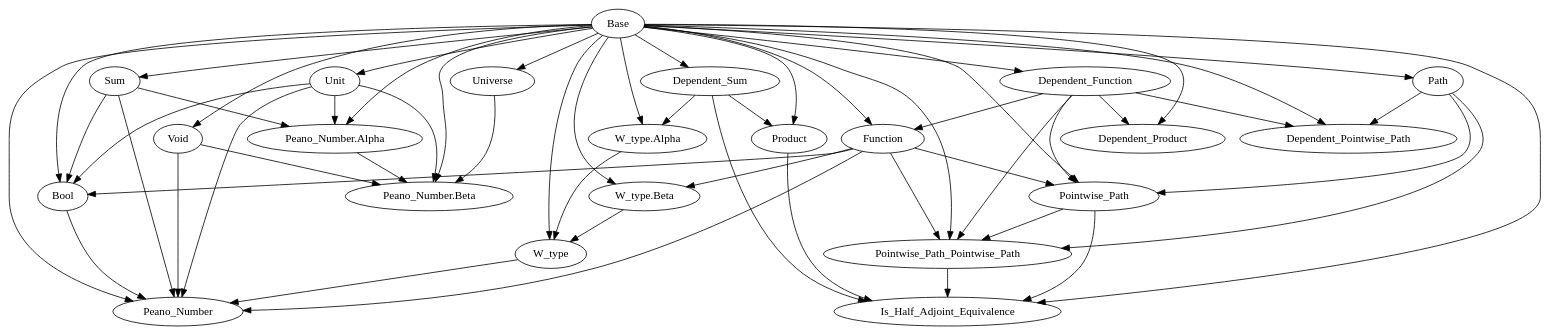
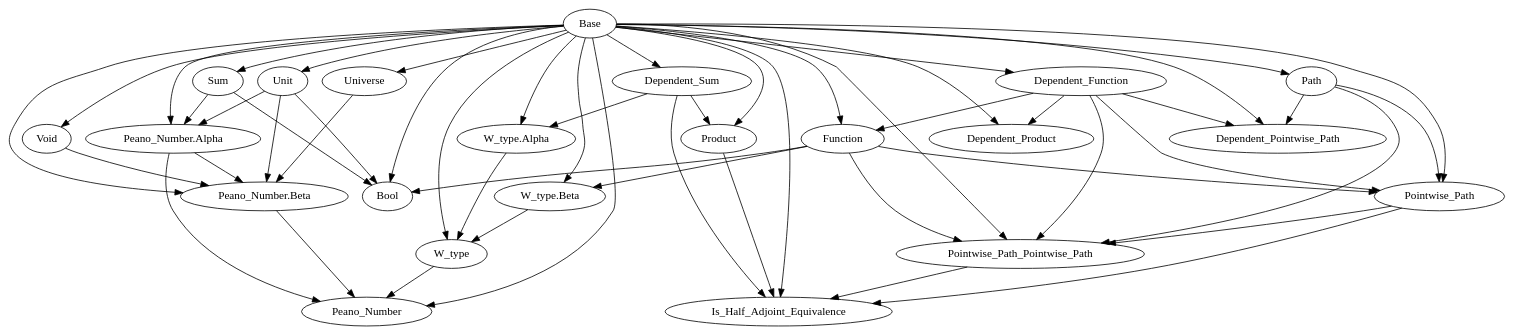
Before and after one commit to Hexirp/googology-in-coq: the diagram in libraries/dependencies.gv, drawn with Graphviz. The commit also changed 1 other file, not shown here.

Commit message:
Update: Peano_Number を
Peano_Number.Alpha と Peano_Number.Beta を使う。

```diff
--- a/libraries/dependencies.gv
+++ b/libraries/dependencies.gv
@@ -1,80 +1,77 @@
 digraph Dependencies {
   # Base
   # Dependent_Function
   "Base" -> "Dependent_Function";
   # Function
   "Base" -> "Function";
   "Dependent_Function" -> "Function";
   # Dependent_Product
   "Base" -> "Dependent_Product";
   "Dependent_Function" -> "Dependent_Product";
   # Dependent_Sum
   "Base" -> "Dependent_Sum";
   # Product
   "Base" -> "Product";
   "Dependent_Sum" -> "Product";
   # Sum
   "Base" -> "Sum";
   # Unit
   "Base" -> "Unit";
   # Void
   "Base" -> "Void";
   # W_type.Alpha
   "Base" -> "W_type.Alpha";
   "Dependent_Sum" -> "W_type.Alpha";
   # W_type.Beta
   "Base" -> "W_type.Beta";
   "Function" -> "W_type.Beta";
   # W_type
   "Base" -> "W_type";
   "W_type.Alpha" -> "W_type";
   "W_type.Beta" -> "W_type";
   # Universe
   "Base" -> "Universe";
   # Path
   "Base" -> "Path";
   # Dependent_Pointwise_Path
   "Base" -> "Dependent_Pointwise_Path";
   "Dependent_Function" -> "Dependent_Pointwise_Path";
   "Path" -> "Dependent_Pointwise_Path";
   # Pointwise_Path
   "Base" -> "Pointwise_Path";
   "Dependent_Function" -> "Pointwise_Path";
   "Function" -> "Pointwise_Path";
   "Path" -> "Pointwise_Path";
   # Pointwise_Path_Pointwise_Path
   "Base" -> "Pointwise_Path_Pointwise_Path";
   "Dependent_Function" -> "Pointwise_Path_Pointwise_Path";
   "Function" -> "Pointwise_Path_Pointwise_Path";
   "Path" -> "Pointwise_Path_Pointwise_Path";
   "Pointwise_Path" -> "Pointwise_Path_Pointwise_Path";
   # Is_Half_Adjoint_Equivalence
   "Base" -> "Is_Half_Adjoint_Equivalence";
   "Dependent_Sum" -> "Is_Half_Adjoint_Equivalence";
   "Product" -> "Is_Half_Adjoint_Equivalence";
   "Pointwise_Path" -> "Is_Half_Adjoint_Equivalence";
   "Pointwise_Path_Pointwise_Path" -> "Is_Half_Adjoint_Equivalence";
   # Bool
   "Base" -> "Bool";
   "Function" -> "Bool";
   "Sum" -> "Bool";
   "Unit" -> "Bool";
   # Peano_Number.Alpha
   "Base" -> "Peano_Number.Alpha";
   "Sum" -> "Peano_Number.Alpha";
   "Unit" -> "Peano_Number.Alpha";
   # Peano_Number.Beta
   "Base" -> "Peano_Number.Beta";
   "Void" -> "Peano_Number.Beta";
   "Unit" -> "Peano_Number.Beta";
   "Universe" -> "Peano_Number.Beta";
   "Peano_Number.Alpha" -> "Peano_Number.Beta";
   # Peano_Number
   "Base" -> "Peano_Number";
-  "Function" -> "Peano_Number";
-  "Sum" -> "Peano_Number";
-  "Void" -> "Peano_Number";
-  "Unit" -> "Peano_Number";
   "W_type" -> "Peano_Number";
-  "Bool" -> "Peano_Number";
+  "Peano_Number.Alpha" -> "Peano_Number";
+  "Peano_Number.Beta" -> "Peano_Number";
 }
```
